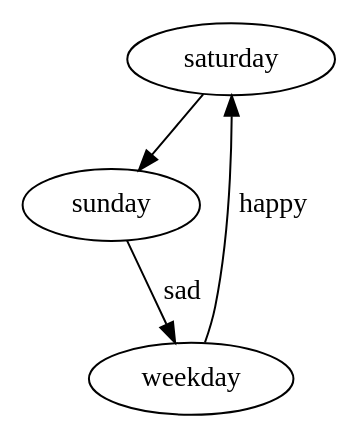
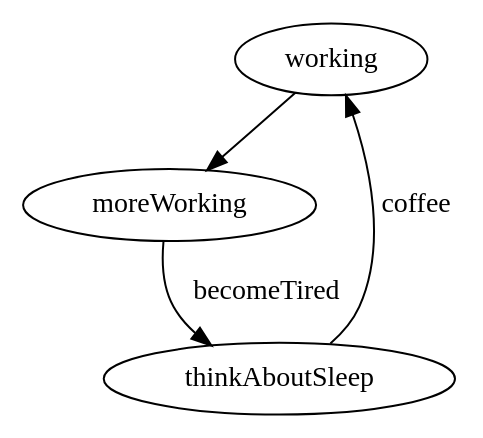
One commit to incognito666/txts changed the diagram in dot/dot1.dot. Above: the diagram before and after it, drawn with Graphviz. The commit also changed 1 other file, not shown here.

Commit message:
Changed the flow diagram in the slides. The .dot file.

```diff
--- a/dot/dot1.dot
+++ b/dot/dot1.dot
@@ -1,6 +1,6 @@
 digraph {
-  saturday -> sunday 
-  sunday  -> weekday [label="sad"];
-  weekday -> saturday [label="happy"];
+  working -> moreWorking 
+  moreWorking  -> thinkAboutSleep [label="becomeTired"];
+  thinkAboutSleep -> working [label="coffee"];
   
 }
```
